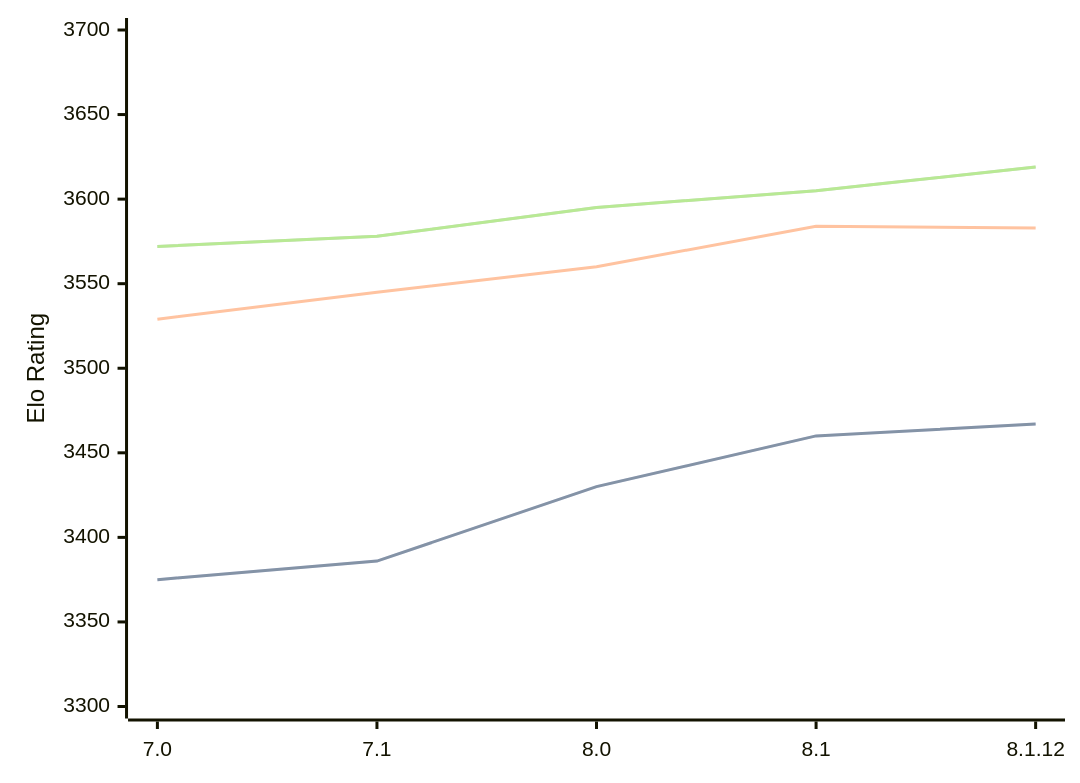
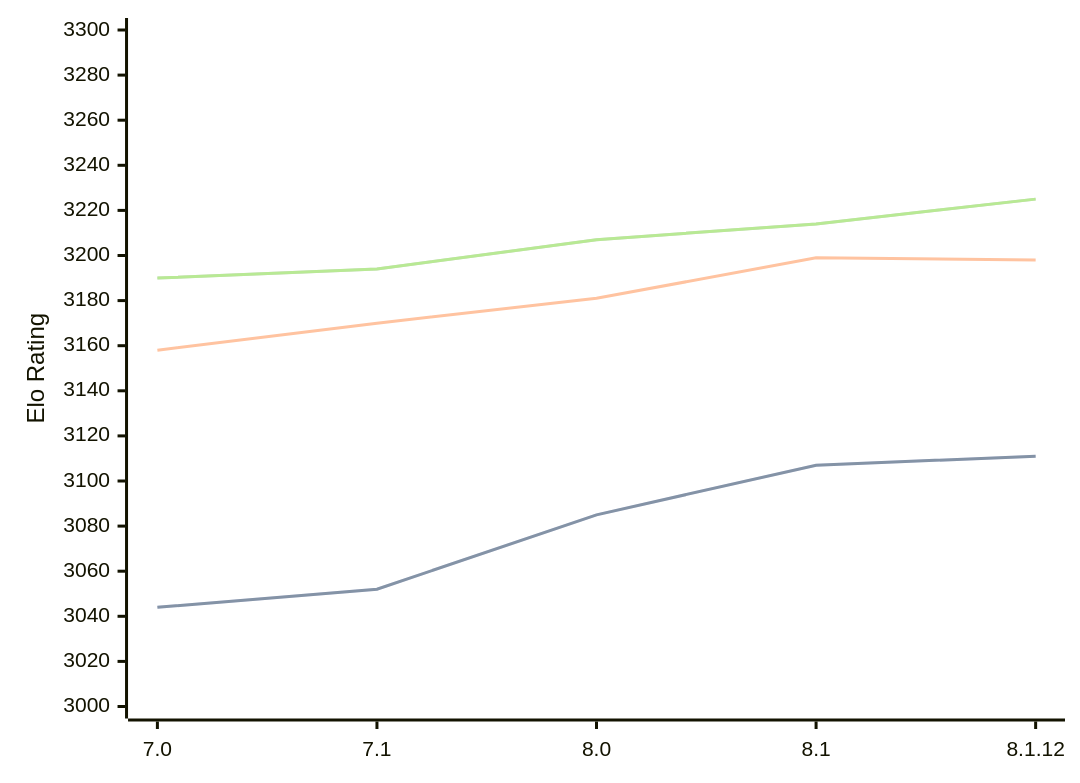
Before and after one commit to computer-chess-index/cci: the diagram in engines/Alexandria.md, drawn with Mermaid. The commit also changed other lines of this file, not shown here.

Commit message:
Update CCI Ratings (ELO VLTC) - 2026-02-23

````diff
--- a/engines/Alexandria.md
+++ b/engines/Alexandria.md
@@ -51,11 +51,11 @@
 ```mermaid
 %%{init: {"theme":"base","themeVariables":{"seriesColors:['#a3a3a3','#222221','#faa371']}}}%%
 xychart-beta
   x-axis ["7.0", "7.1", "8.0", "8.1", "8.1.12"]
-  y-axis "Elo Rating" 3300 --> 3700
-  line "STC (8.0+0.08s)" [3375, 3386, 3430, 3460, 3467]
-  line "STC (8.0+0.08s)" [3375, 3386, 3430, 3460, 3467]
-  line "LTC (60.0+0.60s)" [3529, 3545, 3560, 3584, 3583]
-  line "VLTC (2m24s+1.12s)" [3572, 3578, 3595, 3605, 3619]
-  line "VLTC (2m24s+1.12s)" [3572, 3578, 3595, 3605, 3619]
+  y-axis "Elo Rating" 3000 --> 3300
+  line "STC (8.0+0.08s)" [3044, 3052, 3085, 3107, 3111]
+  line "STC (8.0+0.08s)" [3044, 3052, 3085, 3107, 3111]
+  line "LTC (60.0+0.60s)" [3158, 3170, 3181, 3199, 3198]
+  line "VLTC (2m24s+1.12s)" [3190, 3194, 3207, 3214, 3225]
+  line "VLTC (2m24s+1.12s)" [3190, 3194, 3207, 3214, 3225]
 ```
````
